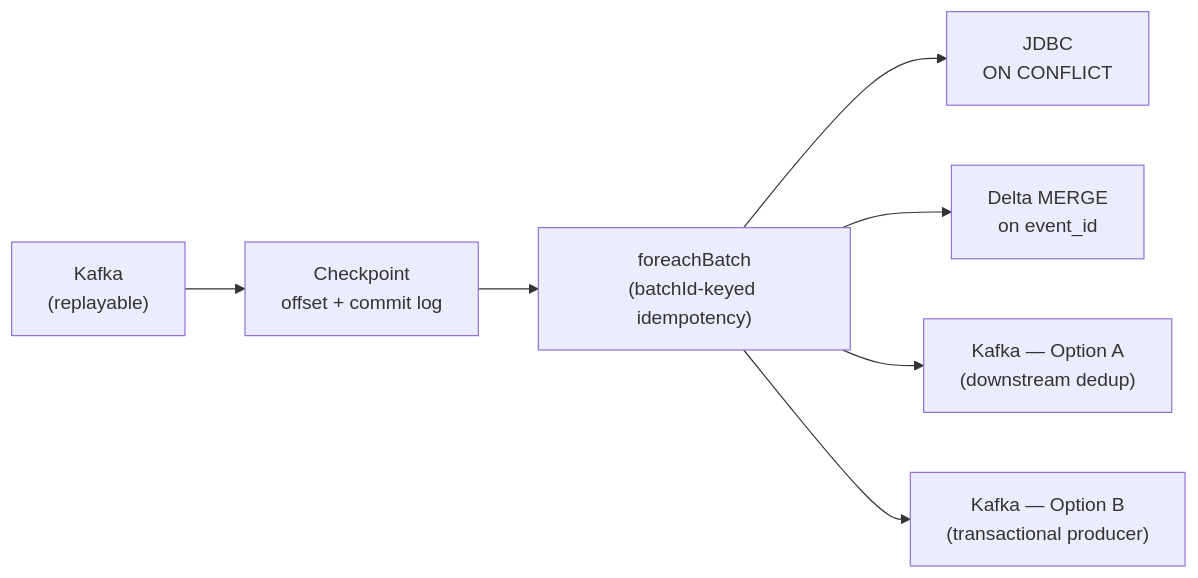
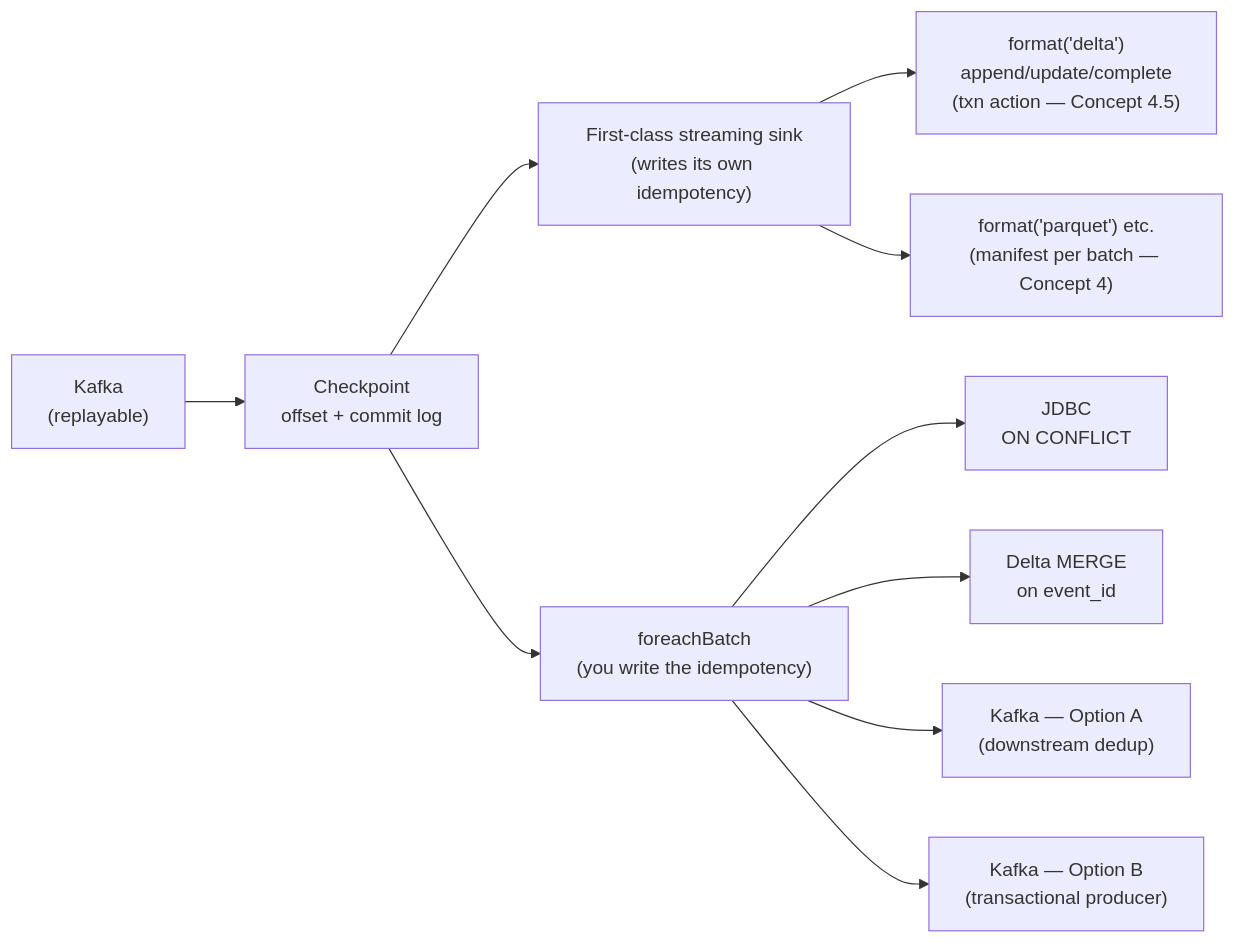
One commit to github-mohsinalam/spark-streaming-from-first-principles changed the diagram in notes/tier-1-structured-streaming-core/04-sinks-and-foreachbatch.md. Above: the diagram before and after it, drawn with Mermaid. The commit also changed other lines of this file, not shown here.

Commit message:
Include first class sink in the exactly-once diagram.

````diff
--- a/notes/tier-1-structured-streaming-core/04-sinks-and-foreachbatch.md
+++ b/notes/tier-1-structured-streaming-core/04-sinks-and-foreachbatch.md
@@ -464,9 +450,12 @@
 ```mermaid
 flowchart LR
     A["Kafka<br/>(replayable)"] --> B["Checkpoint<br/>offset + commit log"]
-    B --> C["foreachBatch<br/>(batchId-keyed idempotency)"]
-    C --> D1["JDBC<br/>ON CONFLICT"]
-    C --> D2["Delta MERGE<br/>on event_id"]
-    C --> D3["Kafka — Option A<br/>(downstream dedup)"]
-    C --> D4["Kafka — Option B<br/>(transactional producer)"]
+    B --> C1["First-class streaming sink<br/>(writes its own idempotency)"]
+    B --> C2["foreachBatch<br/>(you write the idempotency)"]
+    C1 --> D1["format('delta')<br/>append/update/complete<br/>(txn action — Concept 4.5)"]
+    C1 --> D2["format('parquet') etc.<br/>(manifest per batch — Concept 4)"]
+    C2 --> E1["JDBC<br/>ON CONFLICT"]
+    C2 --> E2["Delta MERGE<br/>on event_id"]
+    C2 --> E3["Kafka — Option A<br/>(downstream dedup)"]
+    C2 --> E4["Kafka — Option B<br/>(transactional producer)"]
 ```
````
